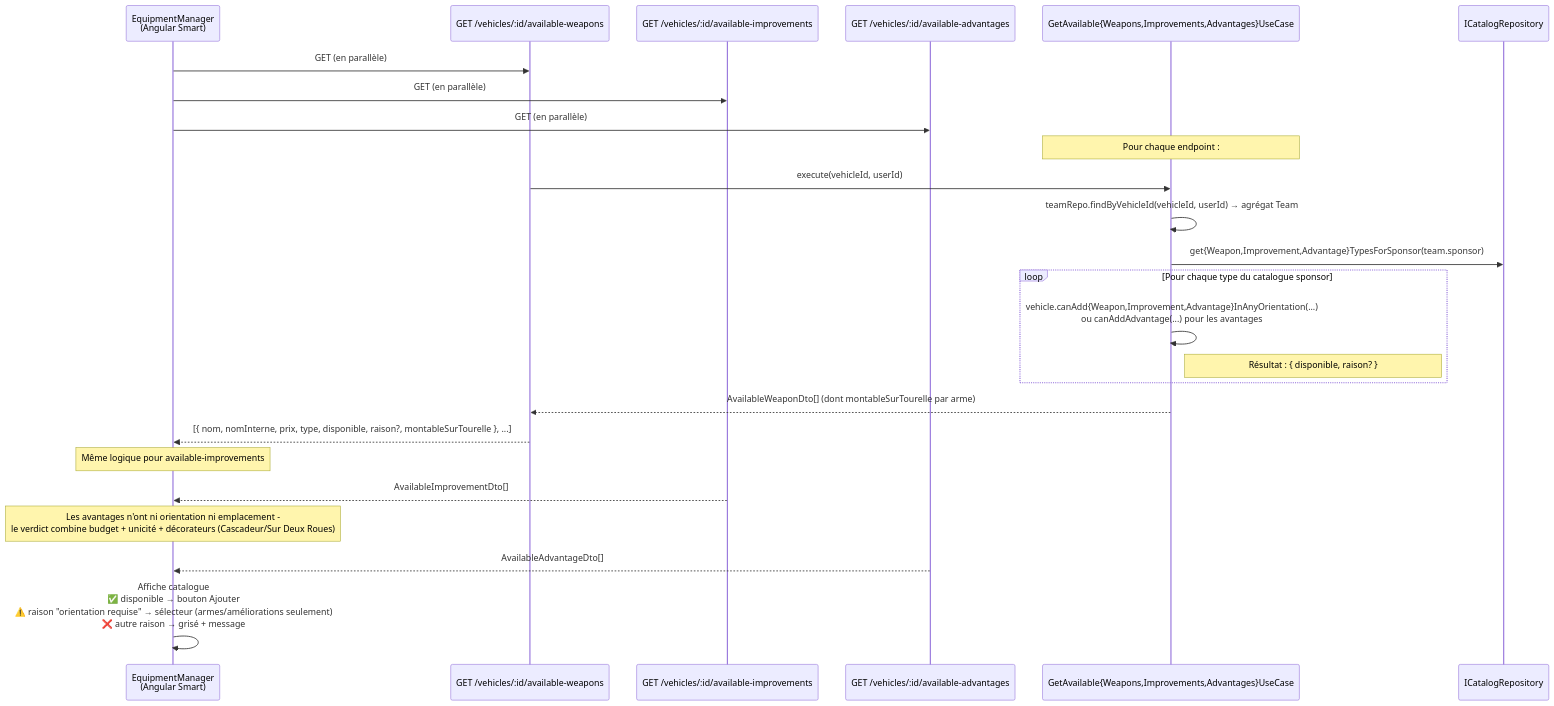
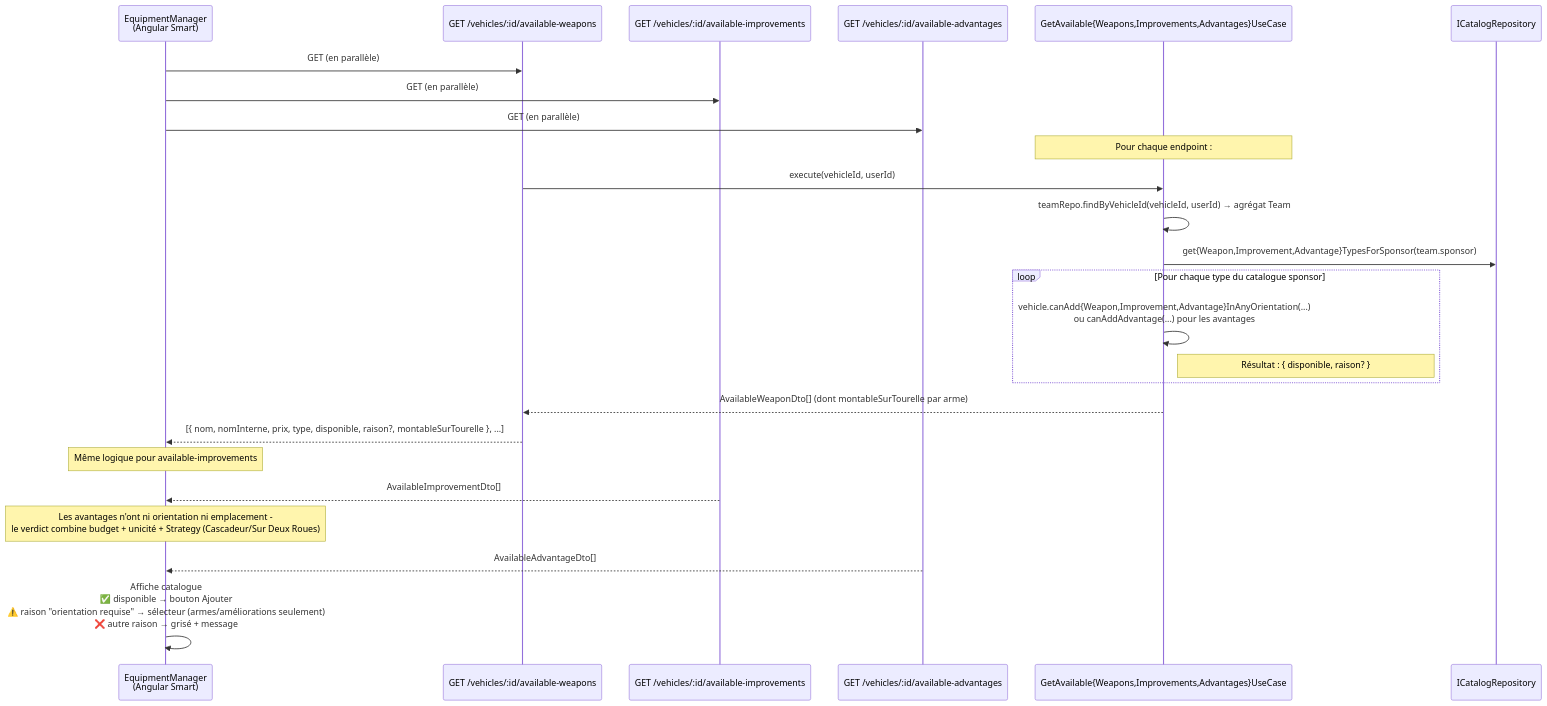
Before and after one commit to arnaudbracchetti/gaslands-manager: the fourth of 7 diagrams in docs/VEHICLE_SYSTEM.md, drawn with Mermaid. The commit also changed other lines of this file and 4 other files, not shown here.

First line of the commit message:
docs: resynchronise VEHICLE_SYSTEM.md, DOMAIN_MODEL.md et ARCHITECTURE.md avec le refactor Strategy

````diff
--- a/docs/VEHICLE_SYSTEM.md
+++ b/docs/VEHICLE_SYSTEM.md
@@ -374,34 +429,34 @@
 ```mermaid
 sequenceDiagram
     participant EM as EquipmentManager<br/>(Angular Smart)
     participant API_W as GET /vehicles/:id/available-weapons
     participant API_I as GET /vehicles/:id/available-improvements
     participant API_A as GET /vehicles/:id/available-advantages
     participant UC as GetAvailable{Weapons,Improvements,Advantages}UseCase
     participant CR as ICatalogRepository
 
     EM->>API_W: GET (en parallèle)
     EM->>API_I: GET (en parallèle)
     EM->>API_A: GET (en parallèle)
 
     Note over UC: Pour chaque endpoint :
     API_W->>UC: execute(vehicleId, userId)
     UC->>UC: teamRepo.findByVehicleId(vehicleId, userId) → agrégat Team
     UC->>CR: get{Weapon,Improvement,Advantage}TypesForSponsor(team.sponsor)
 
     loop Pour chaque type du catalogue sponsor
         UC->>UC: vehicle.canAdd{Weapon,Improvement,Advantage}InAnyOrientation(...)<br/>ou canAddAdvantage(...) pour les avantages
         Note right of UC: Résultat : { disponible, raison? }
     end
 
     UC-->>API_W: AvailableWeaponDto[] (dont montableSurTourelle par arme)
     API_W-->>EM: [{ nom, nomInterne, prix, type, disponible, raison?, montableSurTourelle }, ...]
 
     Note over EM: Même logique pour available-improvements
     API_I-->>EM: AvailableImprovementDto[]
 
-    Note over EM: Les avantages n'ont ni orientation ni emplacement -<br/>le verdict combine budget + unicité + décorateurs (Cascadeur/Sur Deux Roues)
+    Note over EM: Les avantages n'ont ni orientation ni emplacement -<br/>le verdict combine budget + unicité + Strategy (Cascadeur/Sur Deux Roues)
     API_A-->>EM: AvailableAdvantageDto[]
 
     EM->>EM: Affiche catalogue<br/>✅ disponible → bouton Ajouter<br/>⚠️ raison "orientation requise" → sélecteur (armes/améliorations seulement)<br/>❌ autre raison → grisé + message
 ```
````
